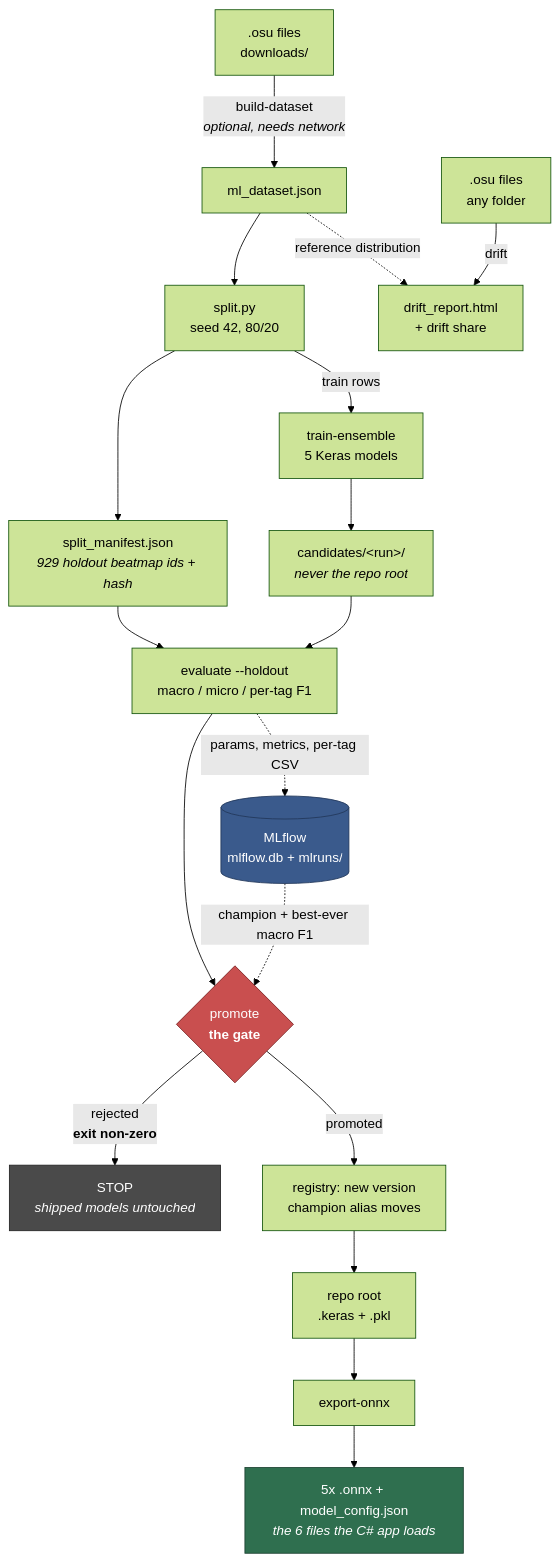
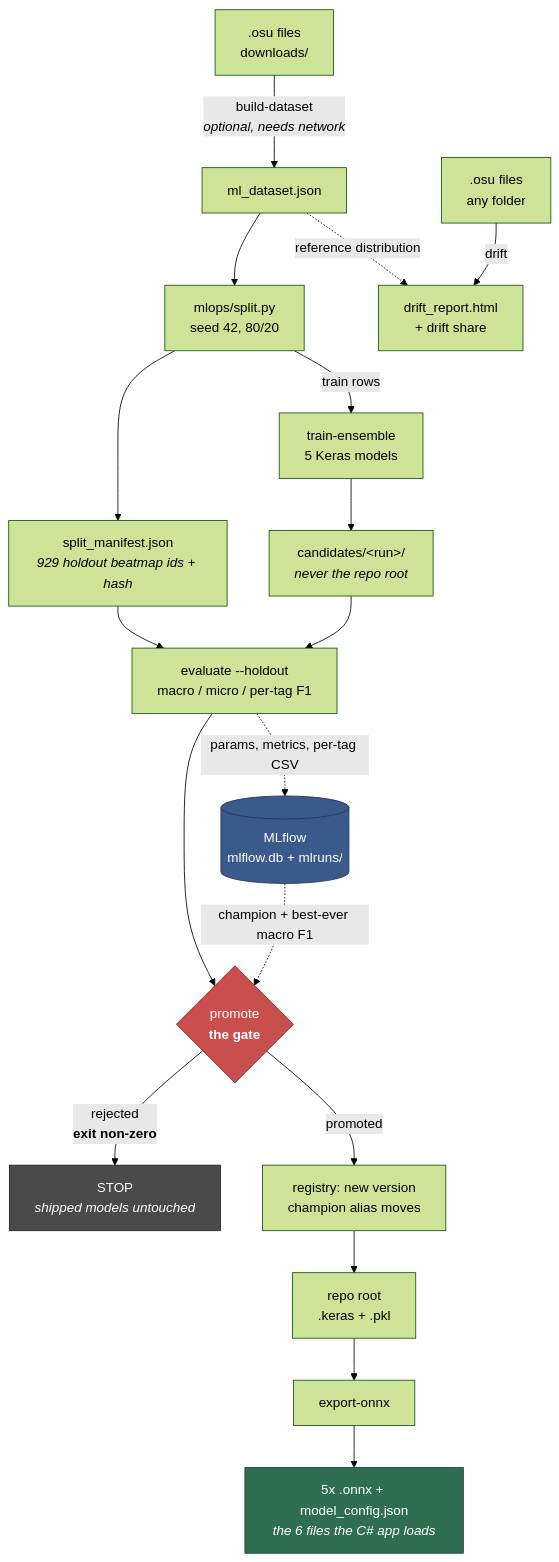
One commit to AliKhairy/osu-beatmap-classifier changed the diagram in README.md. Above: the diagram before and after it, drawn with Mermaid (forest theme). The commit also changed other lines of this file and 13 other files, not shown here.

````diff
--- a/README.md
+++ b/README.md
@@ -144,25 +144,25 @@
 ```mermaid
 flowchart TD
     A[".osu files<br/>downloads/"] -->|build-dataset<br/><i>optional, needs network</i>| B["ml_dataset.json"]
-    B --> C["split.py<br/>seed 42, 80/20"]
+    B --> C["mlops/split.py<br/>seed 42, 80/20"]
     C --> D["split_manifest.json<br/><i>929 holdout beatmap ids + hash</i>"]
     C -->|train rows| E["train-ensemble<br/>5 Keras models"]
     E --> F["candidates/&lt;run&gt;/<br/><i>never the repo root</i>"]
     F --> G["evaluate --holdout<br/>macro / micro / per-tag F1"]
     D --> G
     G --> H{"promote<br/><b>the gate</b>"}
     I[("MLflow<br/>mlflow.db + mlruns/")] -.->|champion + best-ever macro F1| H
     G -.->|params, metrics, per-tag CSV| I
     H -->|"rejected<br/><b>exit non-zero</b>"| X["STOP<br/><i>shipped models untouched</i>"]
     H -->|promoted| J["registry: new version<br/>champion alias moves"]
     J --> K["repo root<br/>.keras + .pkl"]
     K --> L["export-onnx"]
     L --> M["5x .onnx + model_config.json<br/><i>the 6 files the C# app loads</i>"]
     N[".osu files<br/>any folder"] -->|drift| O["drift_report.html<br/>+ drift share"]
     B -.->|reference distribution| O
 
     style H fill:#c94f4f,stroke:#7a2020,color:#fff
     style X fill:#4a4a4a,stroke:#222,color:#fff
     style M fill:#2f6f4f,stroke:#1b4030,color:#fff
     style I fill:#3a5a8c,stroke:#22375a,color:#fff
 ```
````
